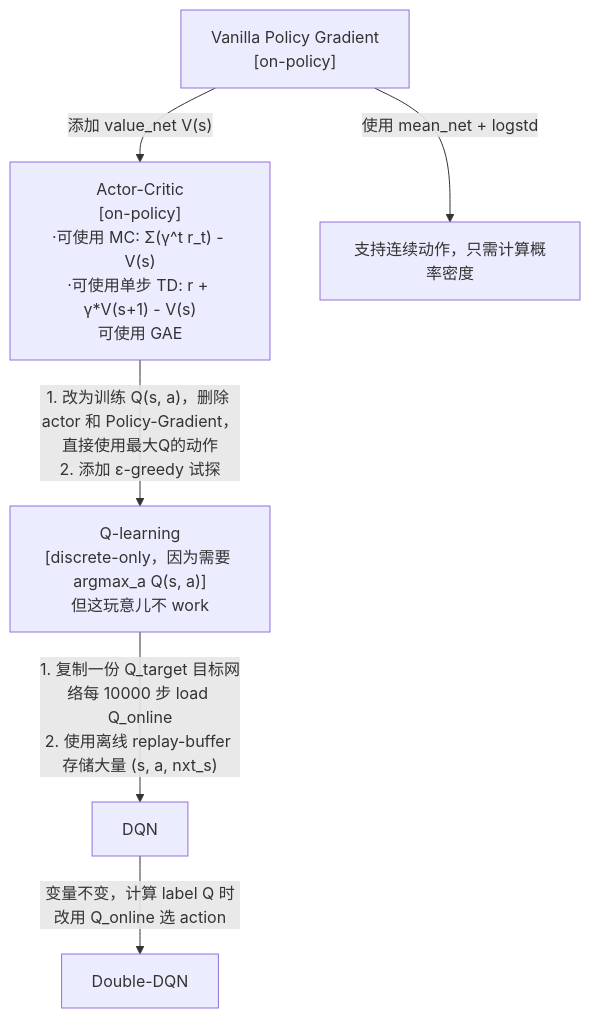
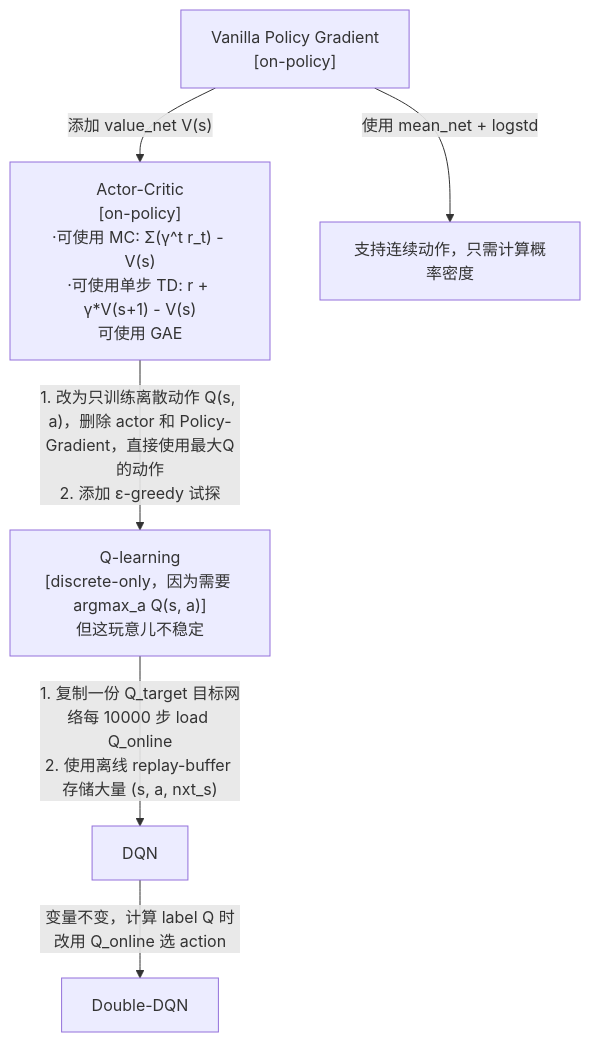
The diagram in 技术学习/285/285-0.md (julyfun/how-to), drawn with Mermaid before and after one commit. The commit also changed 1 other file, not shown here.

Commit message:
M 技术学习/285/285-0.md | M 技术学习/285/285-hw3.md

````diff
--- a/技术学习/285/285-0.md
+++ b/技术学习/285/285-0.md
@@ -11,9 +11,9 @@
 ```mermaid
 flowchart TD
     PG["Vanilla Policy Gradient<br>[on-policy]"] -->|"添加 value_net V(s)"| AC
     AC["Actor-Critic<br>[on-policy]<br>·可使用 MC: Σ(γ^t r_t) - V(s)<br>·可使用单步 TD: r + γ*V(s+1) - V(s)<br>可使用 GAE"]
     PG -->|使用 mean_net + logstd| cont[支持连续动作，只需计算概率密度]
-    AC -->|"1. 改为训练 Q(s, a)，删除 actor 和 Policy-Gradient，直接使用最大Q的动作<br>2. 添加 ε-greedy 试探"| Q-learning["Q-learning<br>[discrete-only，因为需要 argmax_a Q(s, a)]<br>但这玩意儿不 work"]
+    AC -->|"1. 改为只训练离散动作 Q(s, a)，删除 actor 和 Policy-Gradient，直接使用最大Q的动作<br>2. 添加 ε-greedy 试探"| Q-learning["Q-learning<br>[discrete-only，因为需要 argmax_a Q(s, a)]<br>但这玩意儿不稳定"]
     Q-learning -->|"1. 复制一份 Q_target 目标网络每 10000 步 load Q_online<br>2. 使用离线 replay-buffer 存储大量 (s, a, nxt_s)"| DQN
     DQN -->|"变量不变，计算 label Q 时改用 Q_online 选 action"| Double-DQN
 ```
````
